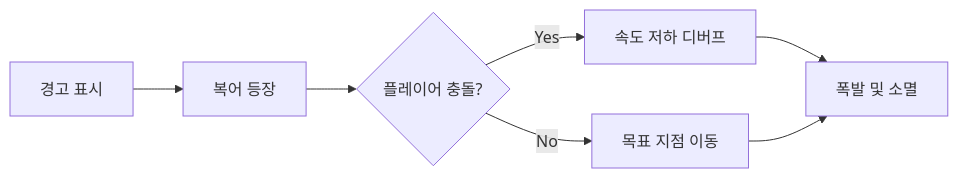
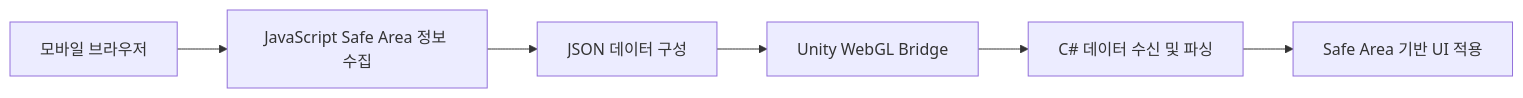
Before and after one commit to qomop-RAMMING-Dev/crayonfish-toss-game: the second of 2 diagrams in README.md, drawn with Mermaid. The commit also changed other lines of this file, not shown here.

````diff
--- a/README.md
+++ b/README.md
@@ -96,8 +127,8 @@
 ```mermaid
-graph LR
-    A[경고 표시] --> B[복어 등장]
-    B --> C{플레이어 충돌?}
-    C -- Yes --> D[속도 저하 디버프]
-    C -- No --> E[목표 지점 이동]
-    D & E --> F[폭발 및 소멸]
+flowchart LR
+    A[모바일 브라우저] --> B[JavaScript Safe Area 정보 수집]
+    B --> C[JSON 데이터 구성]
+    C --> D[Unity WebGL Bridge]
+    D --> E[C# 데이터 수신 및 파싱]
+    E --> F[Safe Area 기반 UI 적용]
 ```
````
